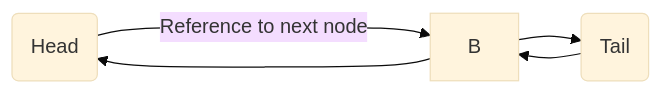
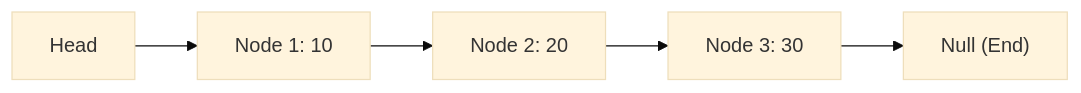
Before and after one commit to RomanPodkovyrin/Notes: the second of 13 diagrams in docs/architecture/data-structures-and-algorithms/structures/structures.md, drawn with Mermaid (base theme). The commit also changed other lines of this file and 3 other files, not shown here.

````diff
--- a/docs/architecture/data-structures-and-algorithms/structures/structures.md
+++ b/docs/architecture/data-structures-and-algorithms/structures/structures.md
@@ -256,7 +369,7 @@
 ```mermaid
-    flowchart LR;
-            A(Head)--->|Reference to next node|B;
-            B-->D(Tail);
-            D-->B;
-            B-->A;
+    graph LR
+        A["Head"] --> B["Node 1: 10"]
+        B --> C["Node 2: 20"]
+        C --> D["Node 3: 30"]
+        D --> E["Null (End)"]
 ```
````
